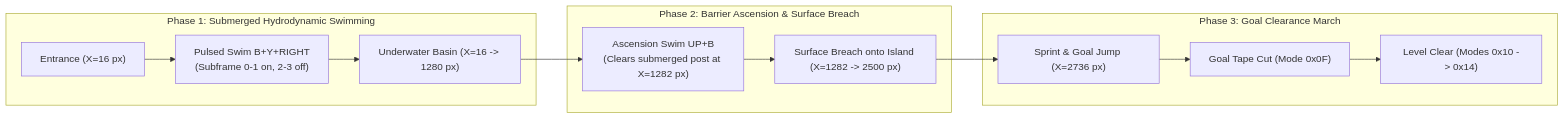
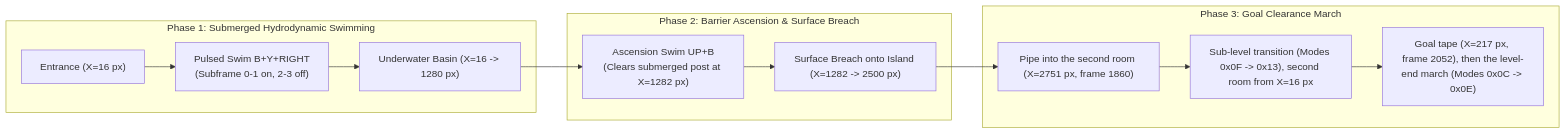
One commit to PedroM2626/smw-sciml changed the diagram in docs/paper/10-74-aquatic-stage-clearance-by-physics-informed-reinforcement-learning.md. Above: the diagram before and after it, drawn with Mermaid. The commit also changed other lines of this file and 11 other files, not shown here.

````diff
--- a/docs/paper/10-74-aquatic-stage-clearance-by-physics-informed-reinforcement-learning.md
+++ b/docs/paper/10-74-aquatic-stage-clearance-by-physics-informed-reinforcement-learning.md
@@ -71,16 +72,16 @@
 ```mermaid
 graph LR
     subgraph S1["Phase 1: Submerged Hydrodynamic Swimming"]
         A["Entrance (X=16 px)"] --> B["Pulsed Swim B+Y+RIGHT<br/>(Subframe 0-1 on, 2-3 off)"]
         B --> C["Underwater Basin (X=16 -> 1280 px)"]
     end
     subgraph S2["Phase 2: Barrier Ascension & Surface Breach"]
         C --> D["Ascension Swim UP+B<br/>(Clears submerged post at X=1282 px)"]
         D --> E["Surface Breach onto Island (X=1282 -> 2500 px)"]
     end
     subgraph S3["Phase 3: Goal Clearance March"]
-        E --> F["Sprint & Goal Jump (X=2736 px)"]
-        F --> G["Goal Tape Cut (Mode 0x0F)"]
-        G --> H["Level Clear (Modes 0x10 -> 0x14)"]
+        E --> F["Pipe into the second room (X=2751 px, frame 1860)"]
+        F --> G["Sub-level transition (Modes 0x0F -> 0x13), second room from X=16 px"]
+        G --> H["Goal tape (X=217 px, frame 2052), then the level-end march (Modes 0x0C -> 0x0E)"]
     end
 ```
````
